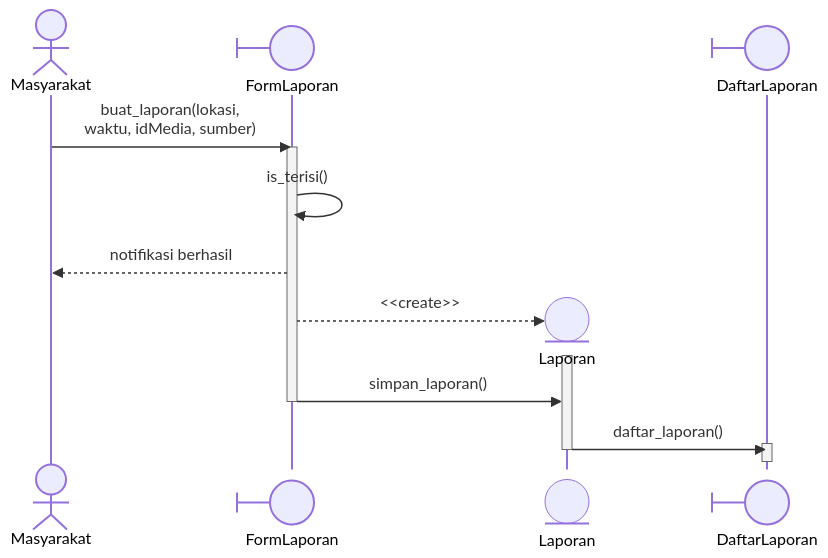
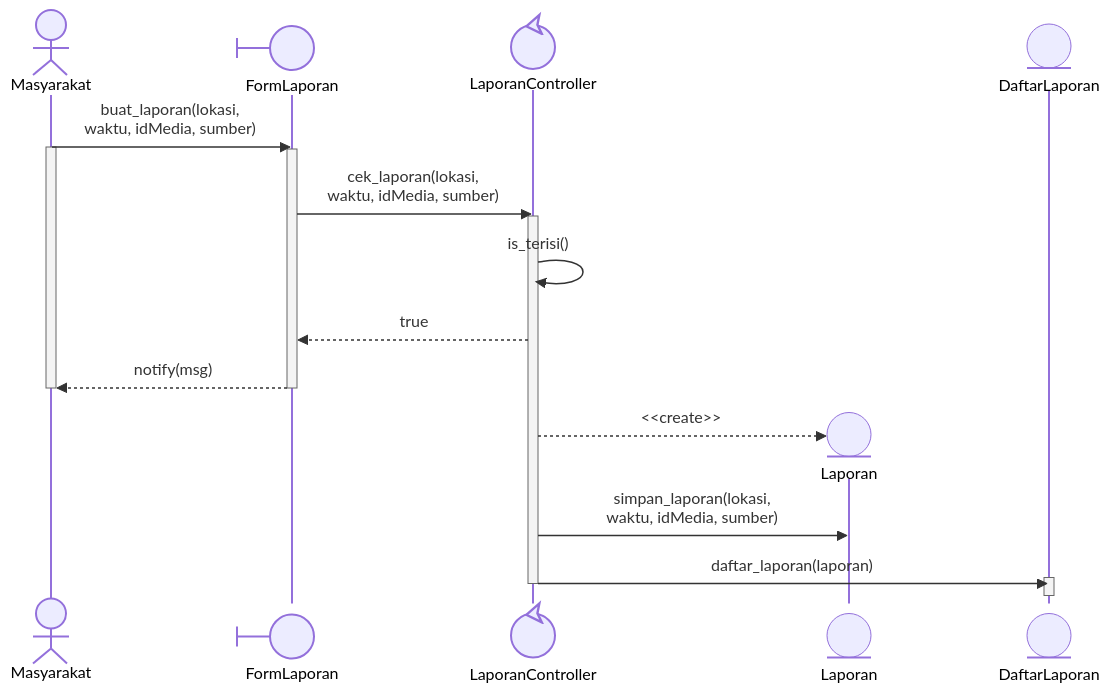
The third of 6 diagrams in docs/M7/K03_G02_DPPL.md (star-scripter/IF2150-RPL-K03-G02), drawn with Mermaid before and after one commit. The commit also changed other lines of this file, not shown here.

````diff
--- a/docs/M7/K03_G02_DPPL.md
+++ b/docs/M7/K03_G02_DPPL.md
@@ -304,23 +304,29 @@
 ```mermaid
 %%{init: {'themeCSS': '.actor-line { stroke-dasharray: 4, 4; }'}}%%
 sequenceDiagram
     actor M as Masyarakat;
     participant FL@{"type":"boundary"} as FormLaporan;
 
     M->>FL: buat_laporan(lokasi, <br/>waktu, idMedia, sumber);
+    activate M;
     activate FL;
-    FL->>FL: is_terisi()
-    FL-->>M: notifikasi berhasil
+
+    participant LC@{"type":"control"} as LaporanController
+    FL->>LC: cek_laporan(lokasi, <br/>waktu, idMedia, sumber)
+    activate LC;
+    LC->>LC: is_terisi()
+    LC-->>FL: true
+    FL-->>M: notify(msg)
+    deactivate FL;
+    deactivate M;
     
     create participant L@{"type":"entity"} as Laporan;
-    FL-->>L: <<create>>
-    activate L;
-    FL->>L: simpan_laporan()
-    deactivate FL;
+    LC-->>L: <<create>>;
+    LC->>L: simpan_laporan(lokasi, <br/>waktu, idMedia, sumber);
     
-    participant DL@{"type":"boundary"} as DaftarLaporan;
-    L->>DL: daftar_laporan()
+    participant DL@{"type":"entity"} as DaftarLaporan;
+    LC->>DL: daftar_laporan(laporan)
     activate DL;
-    deactivate L;
     deactivate DL;
+    deactivate LC;
 ```
````
